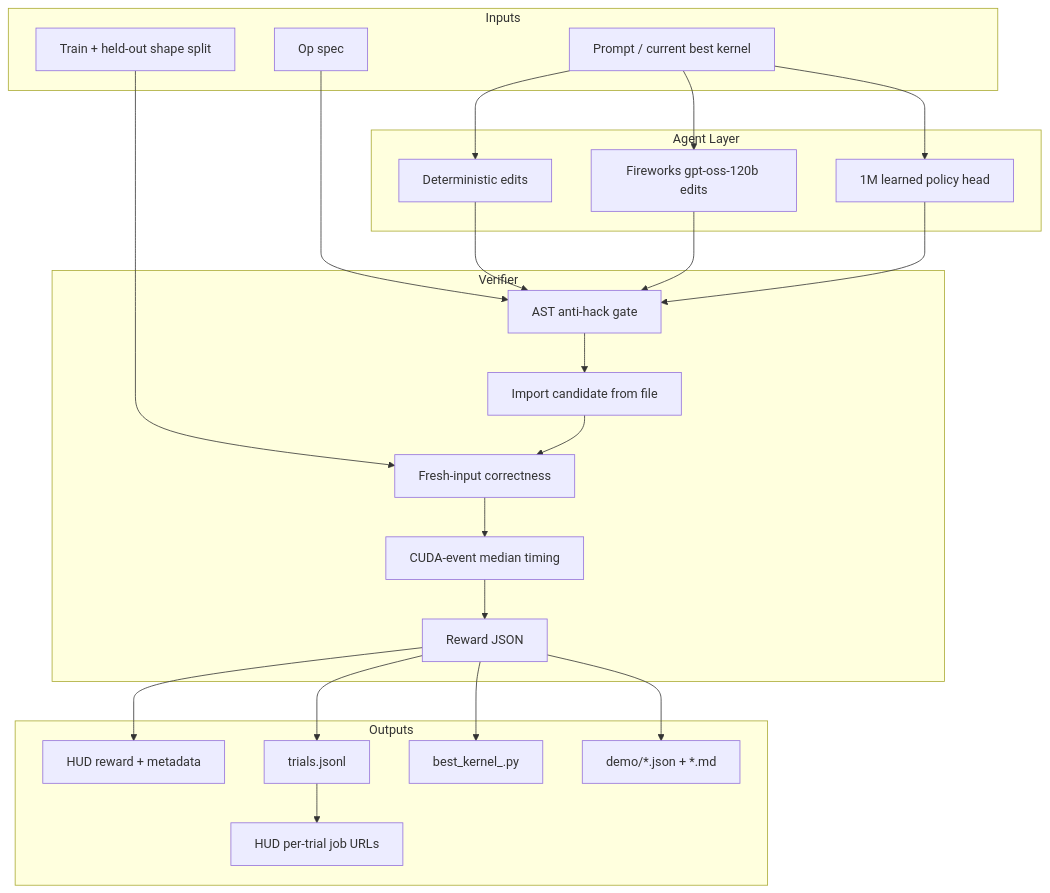
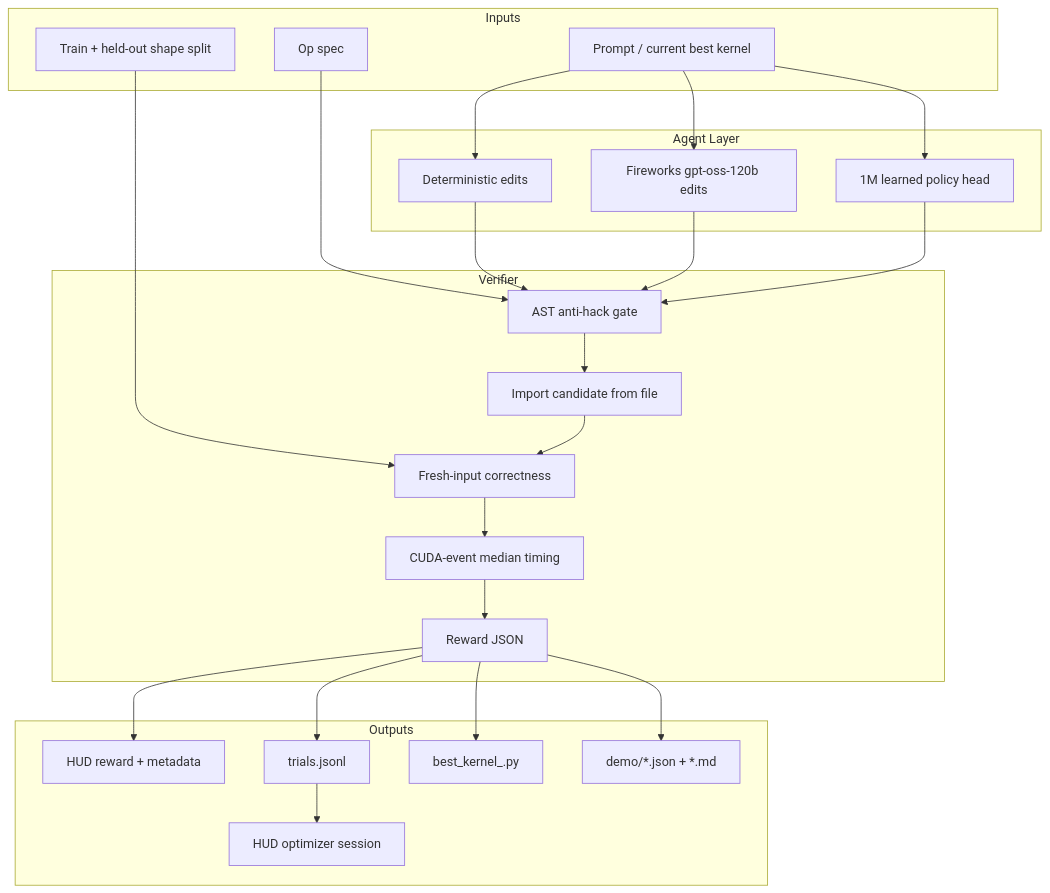
One commit to nihalnihalani/protean changed the first of 2 diagrams in docs/ARCHITECTURE.md. Above: the diagram before and after it, drawn with Mermaid. The commit also changed other lines of this file and 13 other files, not shown here.

Commit message:
Use HUD as optimizer control plane

````diff
--- a/docs/ARCHITECTURE.md
+++ b/docs/ARCHITECTURE.md
@@ -7,45 +7,45 @@
 ```mermaid
 flowchart TB
     subgraph "Inputs"
         A["Prompt / current best kernel"]
         B["Op spec"]
         C["Train + held-out shape split"]
     end
 
     subgraph "Agent Layer"
         D["Deterministic edits"]
         E["Fireworks gpt-oss-120b edits"]
         F["1M learned policy head"]
     end
 
     subgraph "Verifier"
         G["AST anti-hack gate"]
         H["Import candidate from file"]
         I["Fresh-input correctness"]
         J["CUDA-event median timing"]
         K["Reward JSON"]
     end
 
     subgraph "Outputs"
         L["HUD reward + metadata"]
         M["trials.jsonl"]
         N["best_kernel_<op>.py"]
         O["demo/*.json + *.md"]
-        P["HUD per-trial job URLs"]
+        P["HUD optimizer session"]
     end
 
     A --> D
     A --> E
     A --> F
     B --> G
     C --> I
     D --> G
     E --> G
     F --> G
     G --> H --> I --> J --> K
     K --> L
     K --> M
     K --> N
     K --> O
     M --> P
 ```
````
